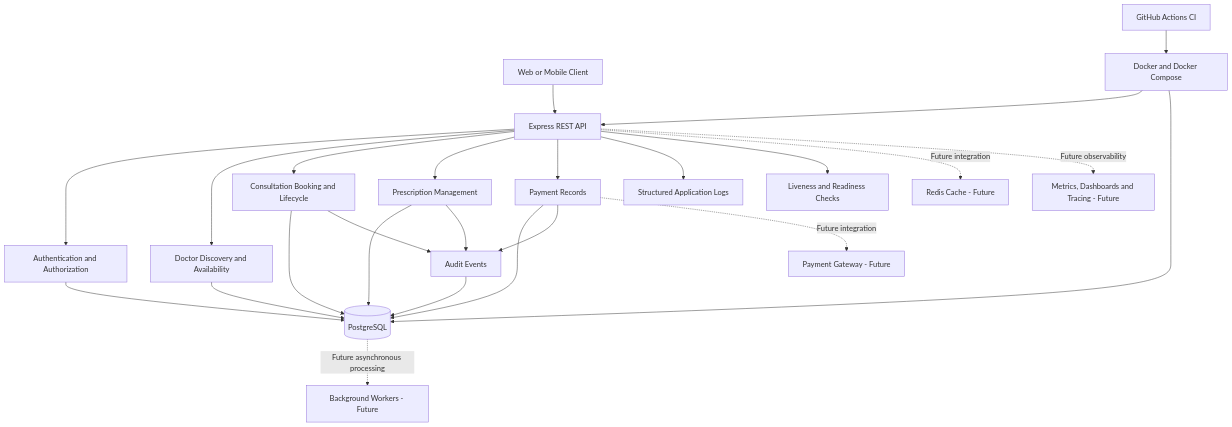
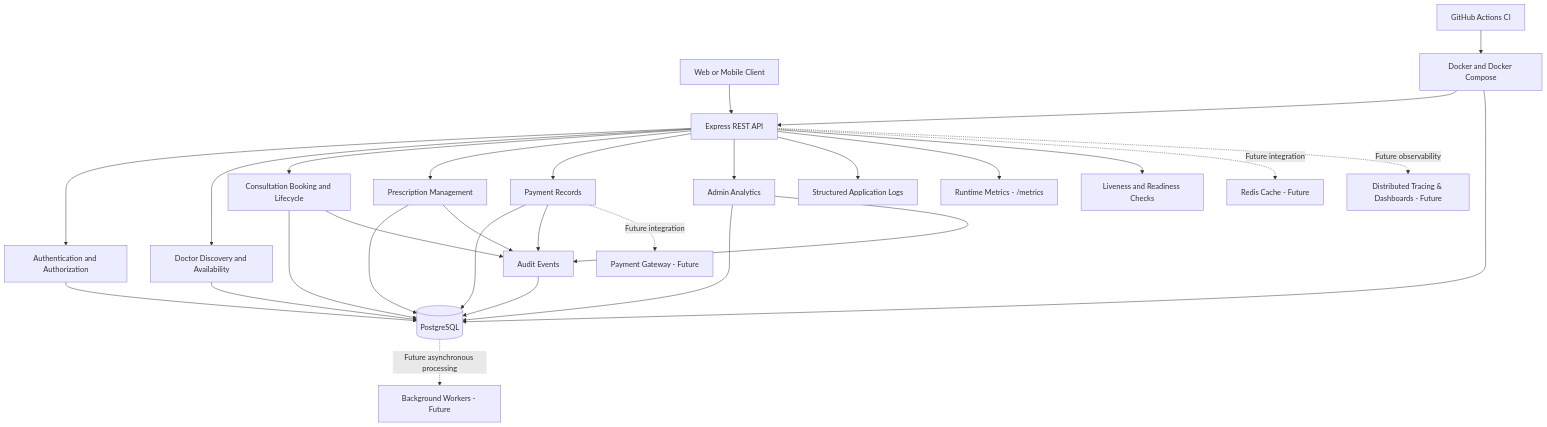
The first of 3 diagrams in docs/architecture.md (ashishmishra4444/amrutam-telemedicine-backend), drawn with Mermaid before and after one commit. The commit also changed other lines of this file and 18 other files, not shown here.

Commit message:
feat: complete admin analytics, metrics observability, and submission hardening

````diff
--- a/docs/architecture.md
+++ b/docs/architecture.md
@@ -27,49 +27,55 @@
 ```mermaid
 flowchart TB
     Client["Web or Mobile Client"]
     API["Express REST API"]
     Auth["Authentication and Authorization"]
     Doctors["Doctor Discovery and Availability"]
     Consultations["Consultation Booking and Lifecycle"]
     Prescriptions["Prescription Management"]
     Payments["Payment Records"]
+    Admin["Admin Analytics"]
     Audit["Audit Events"]
     DB[("PostgreSQL")]
     Logs["Structured Application Logs"]
+    Metrics["Runtime Metrics - /metrics"]
     Health["Liveness and Readiness Checks"]
     CI["GitHub Actions CI"]
     Docker["Docker and Docker Compose"]
     Cache["Redis Cache - Future"]
     Jobs["Background Workers - Future"]
-    Metrics["Metrics, Dashboards and Tracing - Future"]
+    Tracing["Distributed Tracing & Dashboards - Future"]
     Gateway["Payment Gateway - Future"]
 
     Client --> API
     API --> Auth
     API --> Doctors
     API --> Consultations
     API --> Prescriptions
     API --> Payments
+    API --> Admin
 
     Auth --> DB
     Doctors --> DB
     Consultations --> DB
     Prescriptions --> DB
     Payments --> DB
+    Admin --> DB
 
     Consultations --> Audit
     Prescriptions --> Audit
     Payments --> Audit
+    Admin --> Audit
     Audit --> DB
 
     API --> Logs
+    API --> Metrics
     API --> Health
     CI --> Docker
     Docker --> API
     Docker --> DB
 
     API -. "Future integration" .-> Cache
     DB -. "Future asynchronous processing" .-> Jobs
-    API -. "Future observability" .-> Metrics
+    API -. "Future observability" .-> Tracing
     Payments -. "Future integration" .-> Gateway
 ```
````
